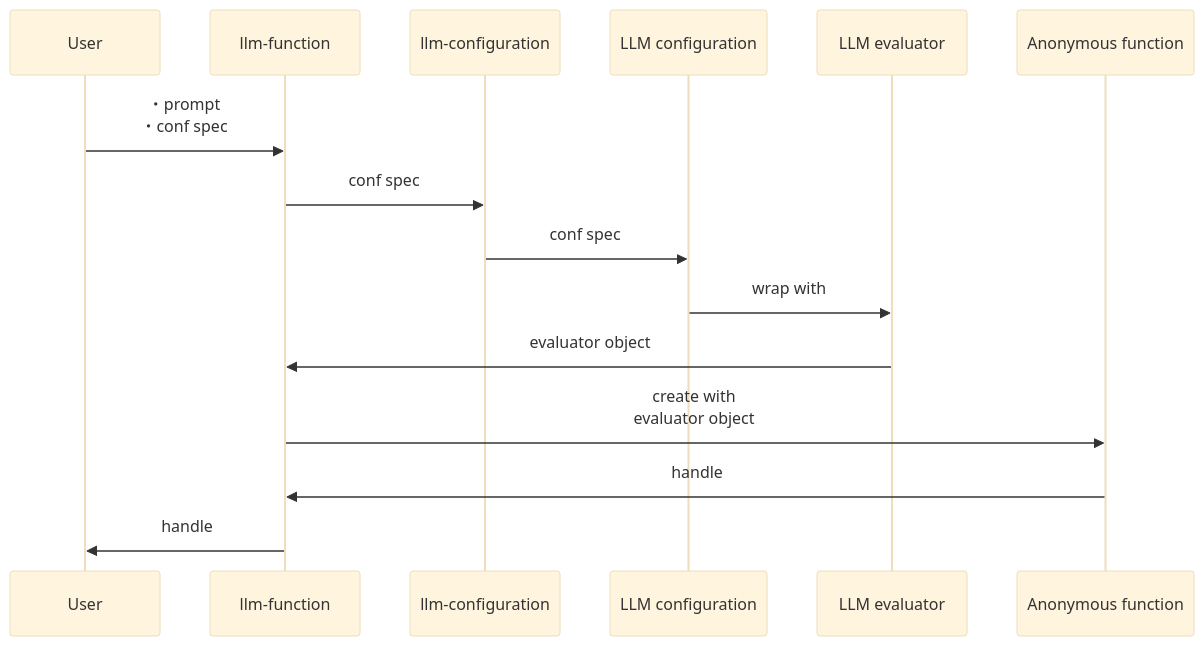
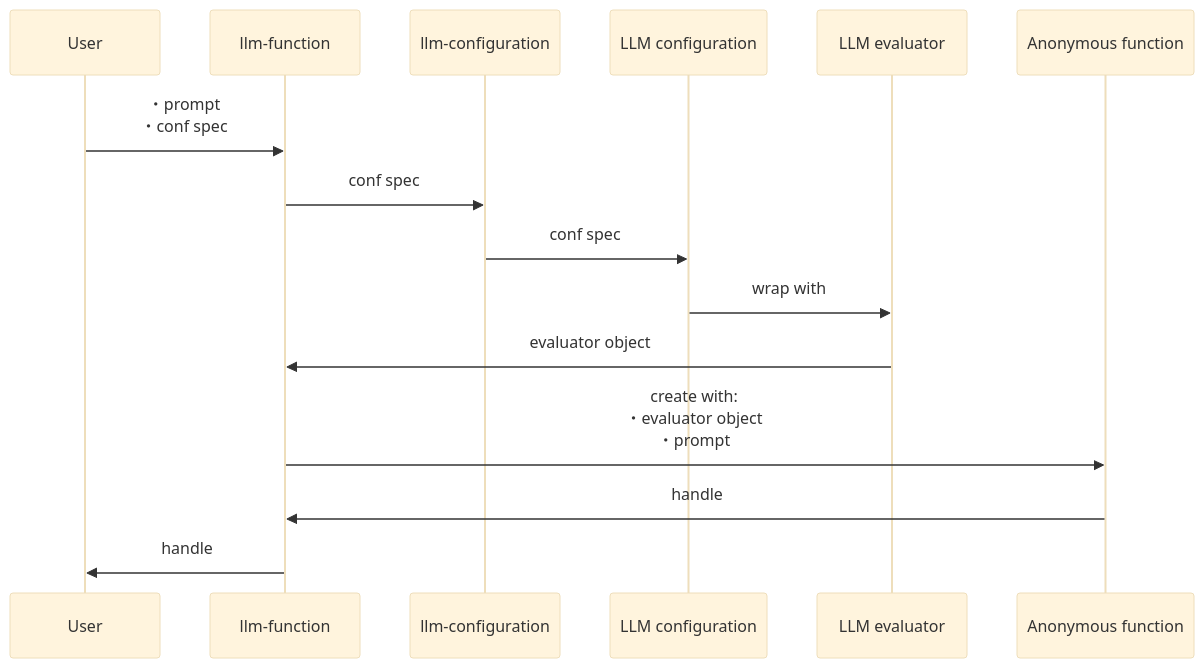
One commit to antononcube/Raku-LLM-Functions changed the first of 2 diagrams in README-work.md. Above: the diagram before and after it, drawn with Mermaid (base theme). The commit also changed other lines of this file and 1 other file, not shown here.

Commit message:
docs:Better sequence diagrams.

````diff
--- a/README-work.md
+++ b/README-work.md
@@ -63,17 +63,17 @@
 ```mermaid
 sequenceDiagram
   participant User
   participant llmfunc as llm-function
   participant llmconf as llm-configuration
   participant LLMConf as LLM configuration
   participant LLMEval as LLM evaluator
   participant AnonFunc as Anonymous function
   User ->> llmfunc: ・prompt<br>・conf spec
   llmfunc ->> llmconf: conf spec
   llmconf ->> LLMConf: conf spec
   LLMConf ->> LLMEval: wrap with
   LLMEval ->> llmfunc: evaluator object
-  llmfunc ->> AnonFunc: create with<br>evaluator object
+  llmfunc ->> AnonFunc:  create with:<br>・evaluator object<br>・prompt
   AnonFunc ->> llmfunc: handle
   llmfunc ->> User: handle
 ```
````
